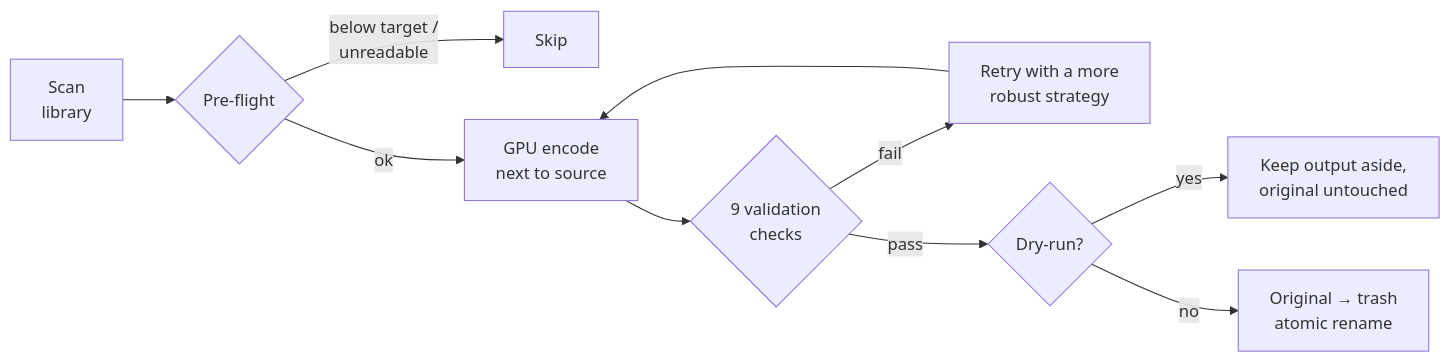
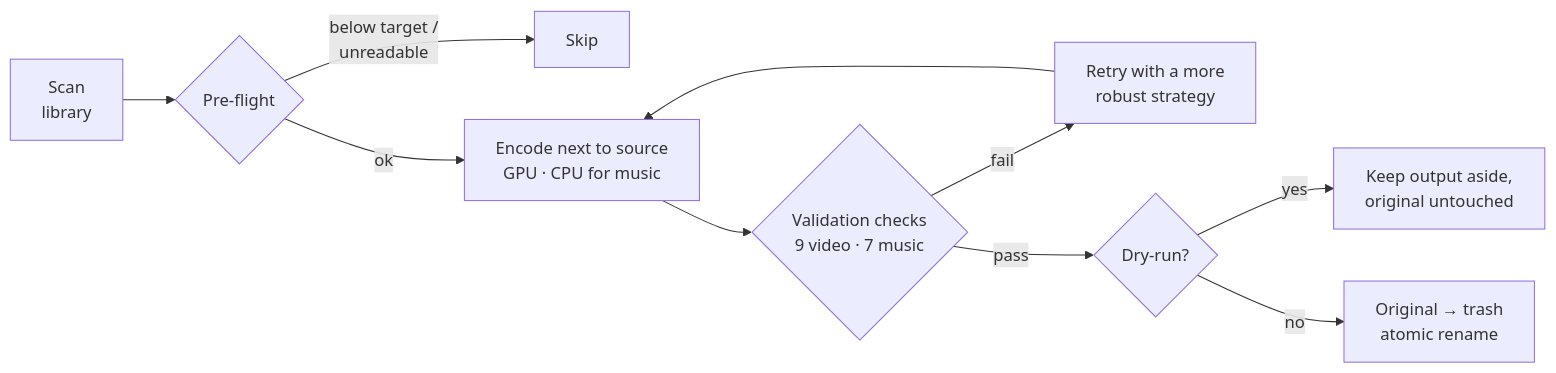
Before and after one commit to literalynn/transcodarr: the diagram in README.md, drawn with Mermaid. The commit also changed other lines of this file and 28 other files, not shown here.

````diff
--- a/README.md
+++ b/README.md
@@ -98,12 +112,12 @@
 ```mermaid
 flowchart LR
     A[Scan<br/>library] --> B{Pre-flight}
     B -- below target /<br/>unreadable --> S[Skip]
-    B -- ok --> C[GPU encode<br/>next to source]
-    C --> D{9 validation<br/>checks}
+    B -- ok --> C[Encode next to source<br/>GPU · CPU for music]
+    C --> D{Validation checks<br/>9 video · 7 music}
     D -- fail --> R[Retry with a more<br/>robust strategy]
     R --> C
     D -- pass --> E{Dry-run?}
     E -- yes --> K[Keep output aside,<br/>original untouched]
     E -- no --> F[Original → trash<br/>atomic rename]
 ```
````
